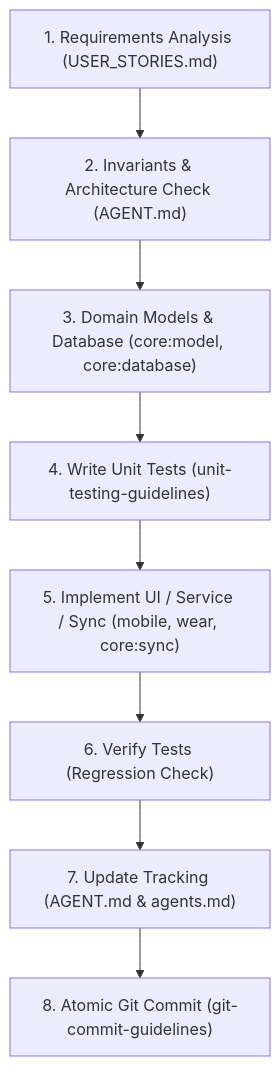
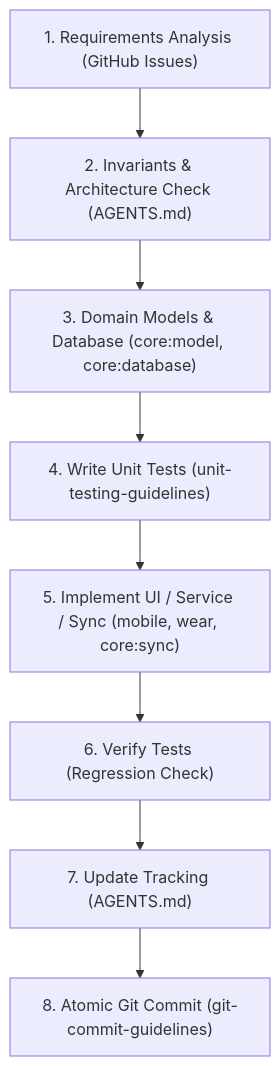
Before and after one commit to christian98b/LockerLift: the diagram in .agents/skills/feature-implementation-workflow/SKILL.md, drawn with Mermaid. The commit also changed other lines of this file and 6 other files, not shown here.

````diff
--- a/.agents/skills/feature-implementation-workflow/SKILL.md
+++ b/.agents/skills/feature-implementation-workflow/SKILL.md
@@ -16,10 +16,10 @@
 ```mermaid
 flowchart TD
-    A["1. Requirements Analysis (USER_STORIES.md)"] --> B["2. Invariants & Architecture Check (AGENT.md)"]
+    A["1. Requirements Analysis (GitHub Issues)"] --> B["2. Invariants & Architecture Check (AGENTS.md)"]
     B --> C["3. Domain Models & Database (core:model, core:database)"]
     C --> D["4. Write Unit Tests (unit-testing-guidelines)"]
     D --> E["5. Implement UI / Service / Sync (mobile, wear, core:sync)"]
     E --> F["6. Verify Tests (Regression Check)"]
-    F --> G["7. Update Tracking (AGENT.md & agents.md)"]
+    F --> G["7. Update Tracking (AGENTS.md)"]
     G --> H["8. Atomic Git Commit (git-commit-guidelines)"]
 ```
````
